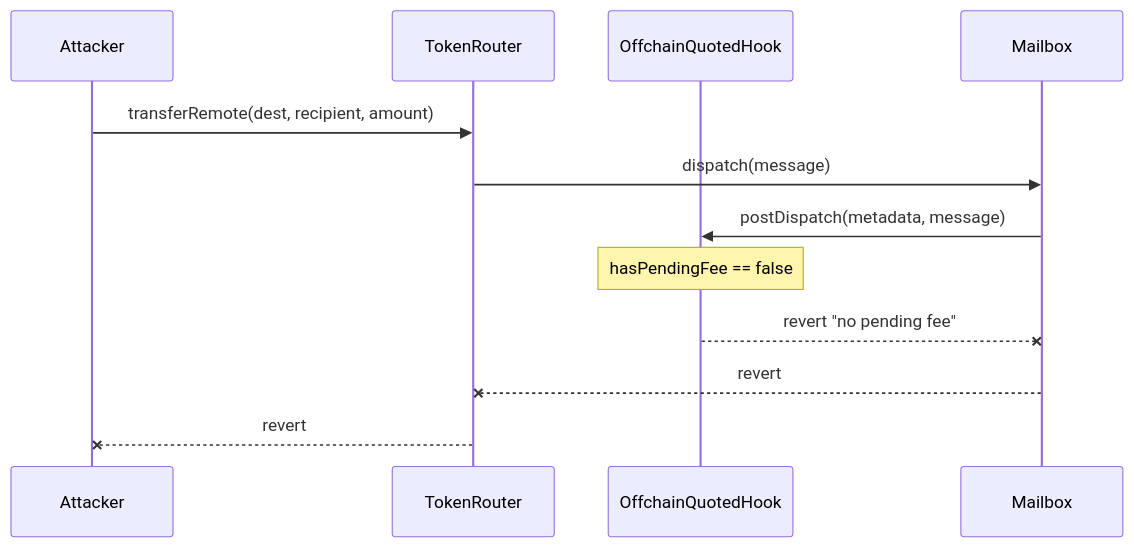
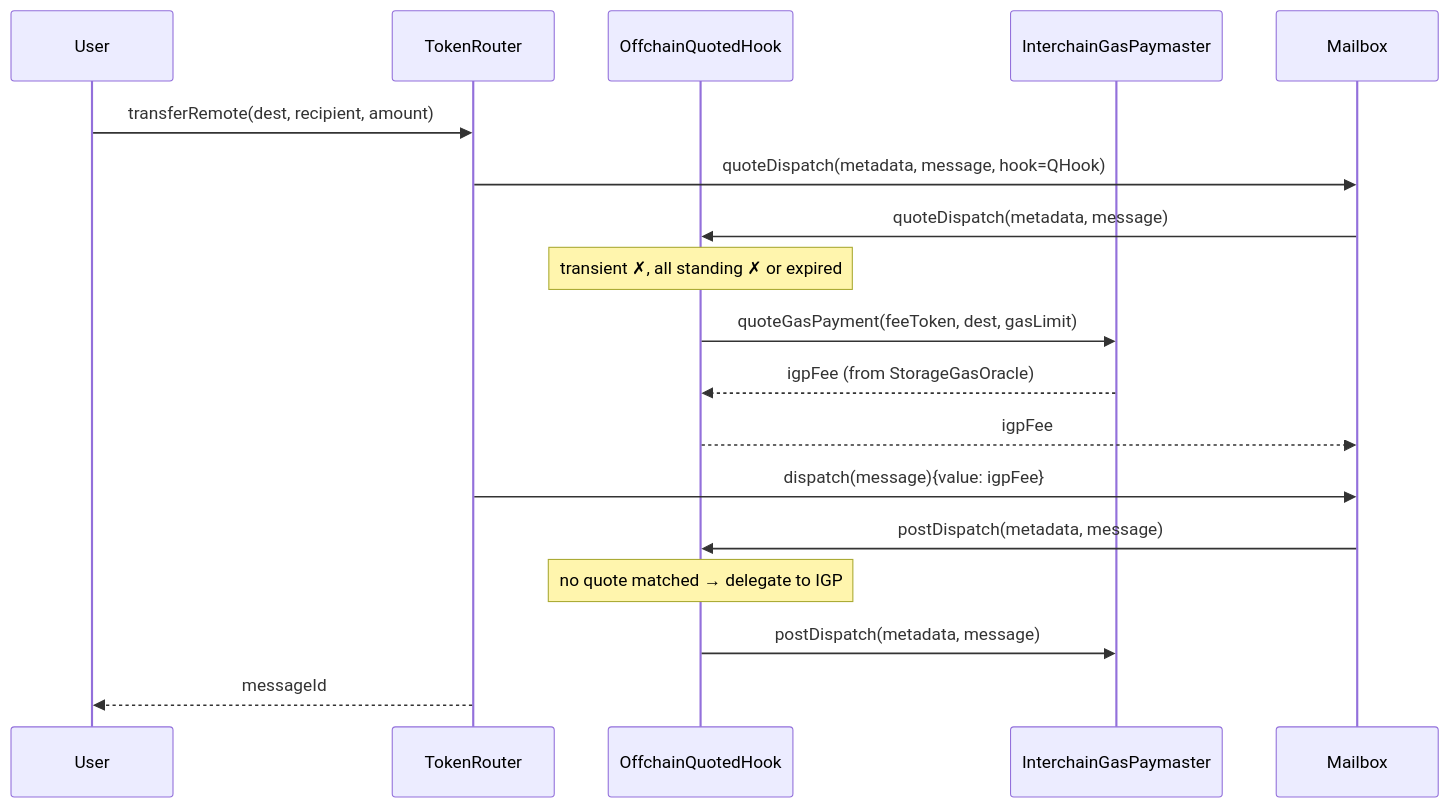
One commit to fujijin/hyperlane-monorepo changed the fourth of 4 diagrams in docs/offchain-fee-quoting.md. Above: the diagram before and after it, drawn with Mermaid. The commit also changed other lines of this file, not shown here.

First line of the commit message:
docs: major revision of offchain fee quoting proposal

````diff
--- a/docs/offchain-fee-quoting.md
+++ b/docs/offchain-fee-quoting.md
@@ -289,15 +509,24 @@
 ```mermaid
 sequenceDiagram
-    participant Attacker
+    participant User
     participant WarpRoute as TokenRouter
     participant QHook as OffchainQuotedHook
+    participant IGP as InterchainGasPaymaster
     participant Mailbox
 
-    Attacker->>WarpRoute: transferRemote(dest, recipient, amount)
-    WarpRoute->>Mailbox: dispatch(message)
+    User->>WarpRoute: transferRemote(dest, recipient, amount)
+
+    WarpRoute->>Mailbox: quoteDispatch(metadata, message, hook=QHook)
+    Mailbox->>QHook: quoteDispatch(metadata, message)
+    Note over QHook: transient ✗, all standing ✗ or expired
+    QHook->>IGP: quoteGasPayment(feeToken, dest, gasLimit)
+    IGP-->>QHook: igpFee (from StorageGasOracle)
+    QHook-->>Mailbox: igpFee
+
+    WarpRoute->>Mailbox: dispatch(message){value: igpFee}
     Mailbox->>QHook: postDispatch(metadata, message)
-    Note over QHook: hasPendingFee == false
-    QHook--xMailbox: revert "no pending fee"
-    Mailbox--xWarpRoute: revert
-    WarpRoute--xAttacker: revert
+    Note over QHook: no quote matched → delegate to IGP
+    QHook->>IGP: postDispatch(metadata, message)
+
+    WarpRoute-->>User: messageId
 ```
````
